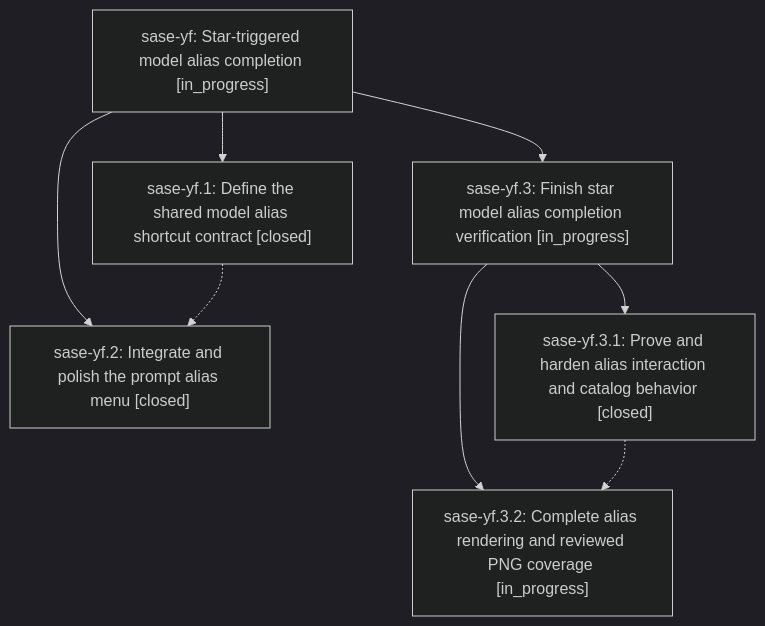
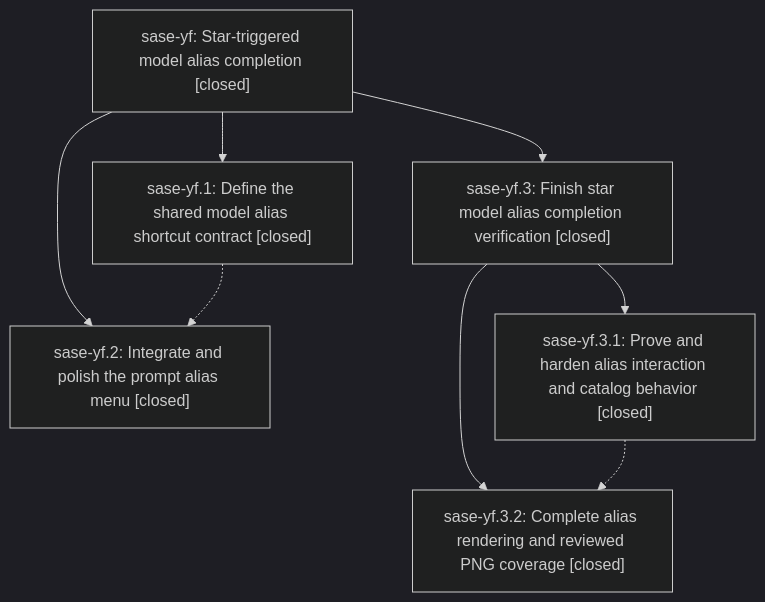
Before and after one commit to sase-org/sase--beads: the diagram in pages/sase-yf/README.md, drawn with Mermaid (dark theme). The commit also changed other lines of this file and 3 other files, not shown here.

````diff
--- a/pages/sase-yf/README.md
+++ b/pages/sase-yf/README.md
@@ -35,16 +90,16 @@
 ```mermaid
 flowchart TD
-    n0["sase-yf: Star-triggered model alias completion [in_progress]"]
+    n0["sase-yf: Star-triggered model alias completion [closed]"]
     n1["sase-yf.1: Define the shared model alias shortcut contract [closed]"]
     n2["sase-yf.2: Integrate and polish the prompt alias menu [closed]"]
-    n3["sase-yf.3: Finish star model alias completion verification [in_progress]"]
+    n3["sase-yf.3: Finish star model alias completion verification [closed]"]
     n4["sase-yf.3.1: Prove and harden alias interaction and catalog behavior [closed]"]
-    n5["sase-yf.3.2: Complete alias rendering and reviewed PNG coverage [in_progress]"]
+    n5["sase-yf.3.2: Complete alias rendering and reviewed PNG coverage [closed]"]
     n0 --> n1
     n0 --> n2
     n0 --> n3
     n3 --> n4
     n3 --> n5
     n1 -.-> n2
     n4 -.-> n5
 ```
````
